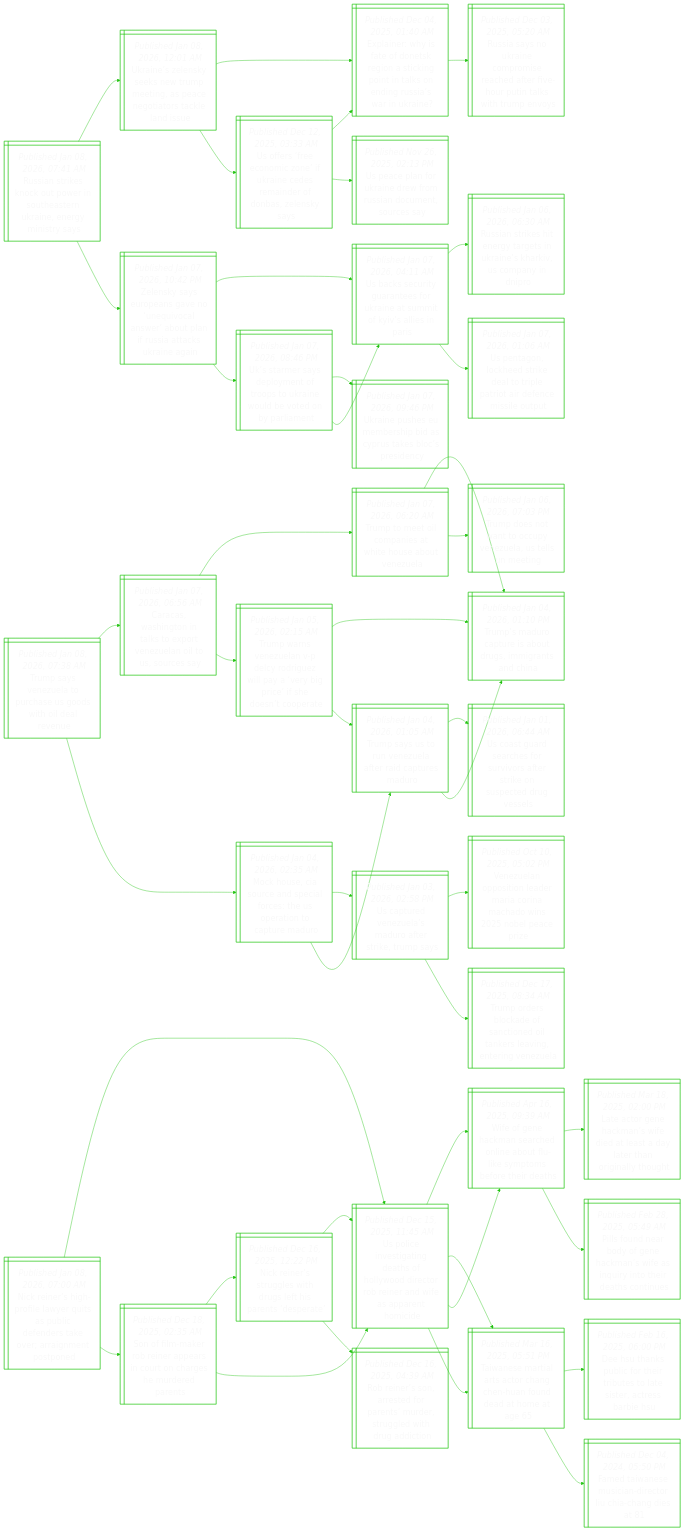
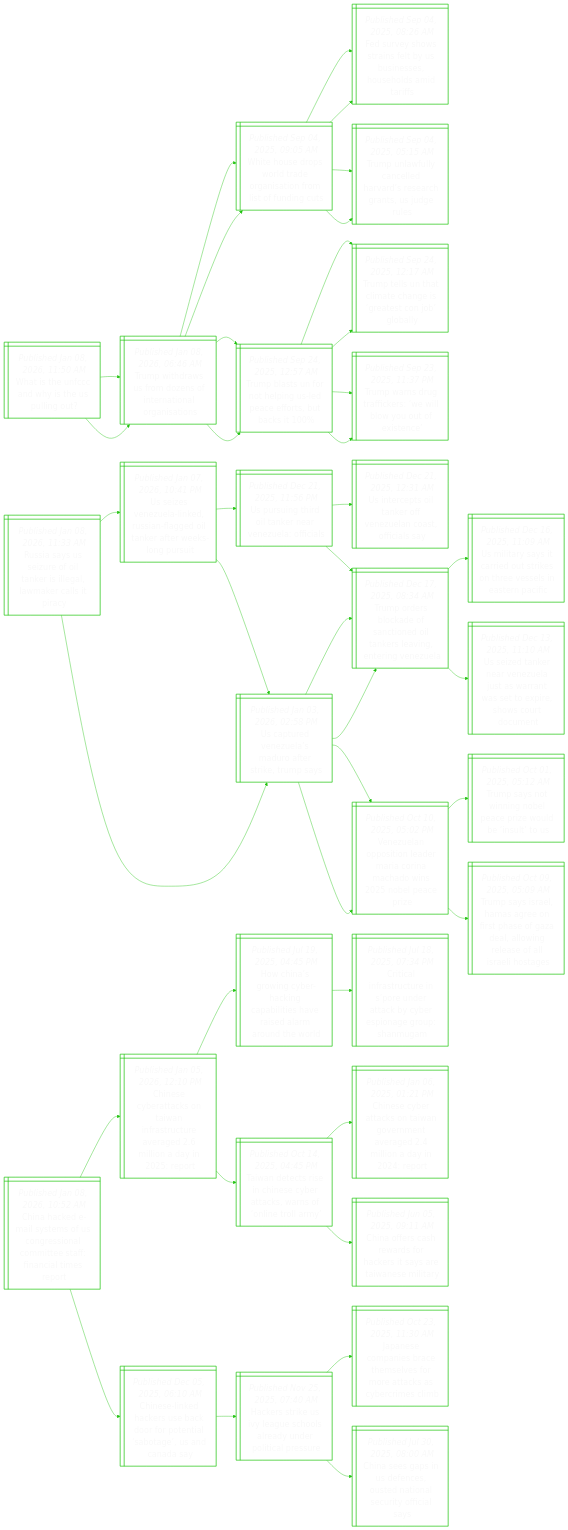
One commit to notJmes/notJmes changed the diagram in README.md. Above: the diagram before and after it, drawn with Mermaid. The commit also changed other lines of this file, not shown here.

````diff
--- a/README.md
+++ b/README.md
@@ -16,139 +16,130 @@
 flowchart LR
 classDef txtsize font-size:20px;
 
-Rainueoanieirs@{ shape: win-pane, label: "_Published Jan 08, 2026, 07:41 AM_
-Russian strikes knock out power in southeastern ukraine, energy ministry says" }
-Unlysregagtals@{ shape: win-pane, label: "_Published Jan 08, 2026, 12:01 AM_
-Ukraine’s zelensky seeks new trump meeting, as peace negotiators tackle land issue" }
-EihaDsitnnannsake@{ shape: win-pane, label: "_Published Dec 04, 2025, 01:40 AM_
-Explainer: why is fate of donetsk region a sticking point in talks on ending russia’s war in ukraine?" }
-Ranaomedrhuaiuv@{ shape: win-pane, label: "_Published Dec 03, 2025, 05:20 AM_
-Russia says no ukraine compromise reached after five-hour putin talks with trump envoys" }
-UeenzfidmeoZsy@{ shape: win-pane, label: "_Published Dec 12, 2025, 03:33 AM_
-Us offers ‘free economic zone’ if ukraine cedes remainder of donbas, zelensky says" }
-EihaDsitnnannsake@{ shape: win-pane, label: "_Published Dec 04, 2025, 01:40 AM_
-Explainer: why is fate of donetsk region a sticking point in talks on ending russia’s war in ukraine?" }
-Ucnkefunmos@{ shape: win-pane, label: "_Published Nov 26, 2025, 02:13 PM_
-Us peace plan for ukraine drew from russian document, sources say" }
-ZsyosnqcsblRacra@{ shape: win-pane, label: "_Published Jan 07, 2026, 10:42 PM_
-Zelensky says europeans gave no ‘unequivocal answer’ about plan if russia attacks ukraine again" }
-UkugnframKasr@{ shape: win-pane, label: "_Published Jan 07, 2026, 04:11 AM_
-Us backs security guarantees for ukraine at summit of kyiv’s allies in paris" }
-RaiirriaKioyi@{ shape: win-pane, label: "_Published Jan 06, 2026, 06:30 AM_
-Russian strikes hit energy targets in ukraine’s kharkiv, us company in dnipro" }
-UtLereteirnsot@{ shape: win-pane, label: "_Published Jan 07, 2026, 01:06 AM_
-Us pentagon, lockheed strike deal to triple patriot air defence missile output" }
-Uasemfpkedtbln@{ shape: win-pane, label: "_Published Jan 07, 2026, 08:46 PM_
-Uk’s starmer says deployment of troops to ukraine would be voted on by parliament" }
-UnhmrbCsssiy@{ shape: win-pane, label: "_Published Jan 07, 2026, 09:46 PM_
-Ukraine pushes eu membership bid as cyprus takes bloc’s presidency" }
-UkugnframKasr@{ shape: win-pane, label: "_Published Jan 07, 2026, 04:11 AM_
-Us backs security guarantees for ukraine at summit of kyiv’s allies in paris" }
+WsNayelo@{ shape: win-pane, label: "_Published Jan 08, 2026, 11:50 AM_
+What is the unfccc and why is the us pulling out?" }
+TwrSdsttlni@{ shape: win-pane, label: "_Published Jan 08, 2026, 06:46 AM_
+Trump withdraws us from dozens of international organisations" }
+WHdWTOiomodu@{ shape: win-pane, label: "_Published Sep 04, 2025, 09:05 AM_
+White house drops world trade organisation from list of funding cuts" }
+Frhtsbusoomr@{ shape: win-pane, label: "_Published Sep 04, 2025, 08:26 AM_
+Fed survey shows strains felt by us businesses, households amid tariffs" }
+Tufcladegsdl@{ shape: win-pane, label: "_Published Sep 04, 2025, 05:15 AM_
+Trump unlawfully cancelled harvard’s research grants, us judge rules" }
+Tbsregderts@{ shape: win-pane, label: "_Published Sep 24, 2025, 12:57 AM_
+Trump blasts un for not helping us-led peace efforts, but backs it 100%" }
+TtUtaastogl@{ shape: win-pane, label: "_Published Sep 24, 2025, 12:17 AM_
+Trump tells un that climate change is ‘greatest con job’ globally" }
+TwdrcWlytic@{ shape: win-pane, label: "_Published Sep 23, 2025, 11:37 PM_
+Trump warns drug traffickers: ‘we will blow you out of existence’" }
+TwrSdsttlni@{ shape: win-pane, label: "_Published Jan 08, 2026, 06:46 AM_
+Trump withdraws us from dozens of international organisations" }
+WHdWTOiomodu@{ shape: win-pane, label: "_Published Sep 04, 2025, 09:05 AM_
+White house drops world trade organisation from list of funding cuts" }
+Frhtsbusoomr@{ shape: win-pane, label: "_Published Sep 04, 2025, 08:26 AM_
+Fed survey shows strains felt by us businesses, households amid tariffs" }
+Tufcladegsdl@{ shape: win-pane, label: "_Published Sep 04, 2025, 05:15 AM_
+Trump unlawfully cancelled harvard’s research grants, us judge rules" }
+Tbsregderts@{ shape: win-pane, label: "_Published Sep 24, 2025, 12:57 AM_
+Trump blasts un for not helping us-led peace efforts, but backs it 100%" }
+TtUtaastogl@{ shape: win-pane, label: "_Published Sep 24, 2025, 12:17 AM_
+Trump tells un that climate change is ‘greatest con job’ globally" }
+TwdrcWlytic@{ shape: win-pane, label: "_Published Sep 23, 2025, 11:37 PM_
+Trump warns drug traffickers: ‘we will blow you out of existence’" }
 
-Rainueoanieirs:::txtsize --> Unlysregagtals:::txtsize
-Unlysregagtals:::txtsize --> EihaDsitnnannsake:::txtsize
-EihaDsitnnannsake:::txtsize --> Ranaomedrhuaiuv:::txtsize
-Unlysregagtals:::txtsize --> UeenzfidmeoZsy:::txtsize
-UeenzfidmeoZsy:::txtsize --> EihaDsitnnannsake:::txtsize
-UeenzfidmeoZsy:::txtsize --> Ucnkefunmos:::txtsize
-Rainueoanieirs:::txtsize --> ZsyosnqcsblRacra:::txtsize
-ZsyosnqcsblRacra:::txtsize --> UkugnframKasr:::txtsize
-UkugnframKasr:::txtsize --> RaiirriaKioyi:::txtsize
-UkugnframKasr:::txtsize --> UtLereteirnsot:::txtsize
-ZsyosnqcsblRacra:::txtsize --> Uasemfpkedtbln:::txtsize
-Uasemfpkedtbln:::txtsize --> UnhmrbCsssiy:::txtsize
-Uasemfpkedtbln:::txtsize --> UkugnframKasr:::txtsize
+WsNayelo:::txtsize --> TwrSdsttlni:::txtsize
+TwrSdsttlni:::txtsize --> WHdWTOiomodu:::txtsize
+WHdWTOiomodu:::txtsize --> Frhtsbusoomr:::txtsize
+WHdWTOiomodu:::txtsize --> Tufcladegsdl:::txtsize
+TwrSdsttlni:::txtsize --> Tbsregderts:::txtsize
+Tbsregderts:::txtsize --> TtUtaastogl:::txtsize
+Tbsregderts:::txtsize --> TwdrcWlytic:::txtsize
+WsNayelo:::txtsize --> TwrSdsttlni:::txtsize
+TwrSdsttlni:::txtsize --> WHdWTOiomodu:::txtsize
+WHdWTOiomodu:::txtsize --> Frhtsbusoomr:::txtsize
+WHdWTOiomodu:::txtsize --> Tufcladegsdl:::txtsize
+TwrSdsttlni:::txtsize --> Tbsregderts:::txtsize
+Tbsregderts:::txtsize --> TtUtaastogl:::txtsize
+Tbsregderts:::txtsize --> TwdrcWlytic:::txtsize
 
-Tseepagwiln@{ shape: win-pane, label: "_Published Jan 08, 2026, 07:38 AM_
-Trump says venezuela to purchase us goods with oil deal revenue" }
-Cahoaoreatos@{ shape: win-pane, label: "_Published Jan 07, 2026, 06:56 AM_
-Caracas, washington in talks to export venezuelan oil to us, sources say" }
-TttoiWHaVu@{ shape: win-pane, label: "_Published Jan 07, 2026, 06:20 AM_
-Trump to meet oil companies at white house about venezuela" }
-Tsrtstsgsh@{ shape: win-pane, label: "_Published Jan 04, 2026, 01:10 PM_
-Trump’s maduro capture is about drugs, immigrants and china" }
-TdotceetUt@{ shape: win-pane, label: "_Published Jan 06, 2026, 07:03 PM_
-Trump does not want to occupy venezuela, us tells un meeting" }
-TwVuVcrzpegeenpe@{ shape: win-pane, label: "_Published Jan 05, 2026, 02:15 AM_
-Trump warns venezuelan v-p delcy rodriguez will pay a ‘very big price’ if she doesn’t cooperate" }
-Tsrtstsgsh@{ shape: win-pane, label: "_Published Jan 04, 2026, 01:10 PM_
-Trump’s maduro capture is about drugs, immigrants and china" }
-TsSnzaraeu@{ shape: win-pane, label: "_Published Jan 04, 2026, 01:05 AM_
-Trump says us to run venezuela after raid captures maduro" }
-MoIrdirhpicru@{ shape: win-pane, label: "_Published Jan 04, 2026, 02:35 AM_
-Mock house, cia source and special forces: the us operation to capture maduro" }
+RaUzfaieaeli@{ shape: win-pane, label: "_Published Jan 08, 2026, 11:33 AM_
+Russia says us seizure of oil tanker is illegal, lawmaker calls it piracy" }
+Uznlksfetrrspi@{ shape: win-pane, label: "_Published Jan 07, 2026, 10:41 PM_
+Us seizes venezuela-linked, russian-flagged oil tanker after weeks-long pursuit" }
+Ustonenlis@{ shape: win-pane, label: "_Published Dec 21, 2025, 11:56 PM_
+Us pursuing third oil tanker near venezuela: officials" }
+Uettreeofay@{ shape: win-pane, label: "_Published Dec 21, 2025, 12:31 AM_
+Us intercepts oil tanker off venezuelan coast, officials say" }
+Toskftdasitgz@{ shape: win-pane, label: "_Published Dec 17, 2025, 08:34 AM_
+Trump orders blockade of sanctioned oil tankers leaving, entering venezuela" }
 UtVuMorkms@{ shape: win-pane, label: "_Published Jan 03, 2026, 02:58 PM_
 Us captured venezuela’s maduro after strike, trump says" }
 Vuoilranhibai@{ shape: win-pane, label: "_Published Oct 10, 2025, 05:02 PM_
 Venezuelan opposition leader maria corina machado wins 2025 nobel peace prize" }
 Toskftdasitgz@{ shape: win-pane, label: "_Published Dec 17, 2025, 08:34 AM_
 Trump orders blockade of sanctioned oil tankers leaving, entering venezuela" }
-TsSnzaraeu@{ shape: win-pane, label: "_Published Jan 04, 2026, 01:05 AM_
-Trump says us to run venezuela after raid captures maduro" }
-Usrrfrreiscrs@{ shape: win-pane, label: "_Published Jan 01, 2026, 06:44 AM_
-Us coast guard searches for survivors after strike on suspected drug vessels" }
-Tsrtstsgsh@{ shape: win-pane, label: "_Published Jan 04, 2026, 01:10 PM_
-Trump’s maduro capture is about drugs, immigrants and china" }
+UtVuMorkms@{ shape: win-pane, label: "_Published Jan 03, 2026, 02:58 PM_
+Us captured venezuela’s maduro after strike, trump says" }
+Vuoilranhibai@{ shape: win-pane, label: "_Published Oct 10, 2025, 05:02 PM_
+Venezuelan opposition leader maria corina machado wins 2025 nobel peace prize" }
+TsonoeroelS@{ shape: win-pane, label: "_Published Oct 01, 2025, 05:12 AM_
+Trump says not winning nobel peace prize would be ‘insult’ to us" }
+TssHaossaaorslaoe@{ shape: win-pane, label: "_Published Oct 09, 2025, 05:09 AM_
+Trump says israel, hamas agree on first phase of gaza deal, allowing release of all israeli hostages" }
+Toskftdasitgz@{ shape: win-pane, label: "_Published Dec 17, 2025, 08:34 AM_
+Trump orders blockade of sanctioned oil tankers leaving, entering venezuela" }
+Uistitktvlanf@{ shape: win-pane, label: "_Published Dec 16, 2025, 11:09 AM_
+Us military says it carried out strikes on three vessels in eastern pacific" }
+Uznenltrwtphoon@{ shape: win-pane, label: "_Published Dec 13, 2025, 11:10 AM_
+Us seized tanker near venezuela just as warrant was set to expire, shows court document" }
 
-Tseepagwiln:::txtsize --> Cahoaoreatos:::txtsize
-Cahoaoreatos:::txtsize --> TttoiWHaVu:::txtsize
-TttoiWHaVu:::txtsize --> Tsrtstsgsh:::txtsize
-TttoiWHaVu:::txtsize --> TdotceetUt:::txtsize
-Cahoaoreatos:::txtsize --> TwVuVcrzpegeenpe:::txtsize
-TwVuVcrzpegeenpe:::txtsize --> Tsrtstsgsh:::txtsize
-TwVuVcrzpegeenpe:::txtsize --> TsSnzaraeu:::txtsize
-Tseepagwiln:::txtsize --> MoIrdirhpicru:::txtsize
-MoIrdirhpicru:::txtsize --> UtVuMorkms:::txtsize
+RaUzfaieaeli:::txtsize --> Uznlksfetrrspi:::txtsize
+Uznlksfetrrspi:::txtsize --> Ustonenlis:::txtsize
+Ustonenlis:::txtsize --> Uettreeofay:::txtsize
+Ustonenlis:::txtsize --> Toskftdasitgz:::txtsize
+Uznlksfetrrspi:::txtsize --> UtVuMorkms:::txtsize
 UtVuMorkms:::txtsize --> Vuoilranhibai:::txtsize
 UtVuMorkms:::txtsize --> Toskftdasitgz:::txtsize
-MoIrdirhpicru:::txtsize --> TsSnzaraeu:::txtsize
-TsSnzaraeu:::txtsize --> Usrrfrreiscrs:::txtsize
-TsSnzaraeu:::txtsize --> Tsrtstsgsh:::txtsize
+RaUzfaieaeli:::txtsize --> UtVuMorkms:::txtsize
+UtVuMorkms:::txtsize --> Vuoilranhibai:::txtsize
+Vuoilranhibai:::txtsize --> TsonoeroelS:::txtsize
+Vuoilranhibai:::txtsize --> TssHaossaaorslaoe:::txtsize
+UtVuMorkms:::txtsize --> Toskftdasitgz:::txtsize
+Toskftdasitgz:::txtsize --> Uistitktvlanf:::txtsize
+Toskftdasitgz:::txtsize --> Uznenltrwtphoon:::txtsize
 
-Nesplyipcntvrmon@{ shape: win-pane, label: "_Published Jan 08, 2026, 07:00 AM_
-Nick reiner’s high-profile lawyer quits as public defenders take over; arraignment postponed" }
-Uivgghoorreafpni@{ shape: win-pane, label: "_Published Dec 15, 2025, 11:45 AM_
-Us police investigating deaths of hollywood director rob reiner and wife as apparent homicide" }
-WfHaroetimsrit@{ shape: win-pane, label: "_Published Apr 16, 2025, 09:39 AM_
-Wife of gene hackman searched online about flu-like symptoms before their deaths" }
-Lcecsdttltraht@{ shape: win-pane, label: "_Published Mar 18, 2025, 02:00 PM_
-Late actor gene hackman’s wife died at least a day later than originally thought" }
-PfnoGaneqihecn@{ shape: win-pane, label: "_Published Feb 28, 2025, 05:49 AM_
-Pills found near body of gene hackman’s wife as inquiry into their deaths continues" }
-TnalaCCuuaoa@{ shape: win-pane, label: "_Published Mar 16, 2025, 05:51 PM_
-Taiwanese martial arts actor chang chen-huan found dead at home at age 65" }
-Duklrruosrers@{ shape: win-pane, label: "_Published Feb 16, 2025, 06:00 PM_
-Dee hsu thanks public for their tributes to late sister, actress barbie hsu" }
-FTnuaeLins@{ shape: win-pane, label: "_Published Dec 04, 2024, 05:50 PM_
-Famed taiwanese musician-director liu chia-chang dies at 81" }
-Sfaonpirhsrdn@{ shape: win-pane, label: "_Published Dec 18, 2025, 02:35 AM_
-Son of film-maker rob reiner appears in court on charges he murdered parents" }
-Nesgwresnst@{ shape: win-pane, label: "_Published Dec 16, 2025, 12:22 PM_
-Nick reiner’s struggles with drugs left his parents ‘desperate’" }
-Uivgghoorreafpni@{ shape: win-pane, label: "_Published Dec 15, 2025, 11:45 AM_
-Us police investigating deaths of hollywood director rob reiner and wife as apparent homicide" }
-Risrdaseudddi@{ shape: win-pane, label: "_Published Dec 16, 2025, 04:39 AM_
-Rob reiner’s son, arrested for parents’ murder, struggled with drug addiction" }
-Uivgghoorreafpni@{ shape: win-pane, label: "_Published Dec 15, 2025, 11:45 AM_
-Us police investigating deaths of hollywood director rob reiner and wife as apparent homicide" }
-WfHaroetimsrit@{ shape: win-pane, label: "_Published Apr 16, 2025, 09:39 AM_
-Wife of gene hackman searched online about flu-like symptoms before their deaths" }
-TnalaCCuuaoa@{ shape: win-pane, label: "_Published Mar 16, 2025, 05:51 PM_
-Taiwanese martial arts actor chang chen-huan found dead at home at age 65" }
+ChdleUgicttiimp@{ shape: win-pane, label: "_Published Jan 08, 2026, 10:52 AM_
+China hacked e-mail systems of us congressional committee staff: financial times report" }
+Cseanarueainio@{ shape: win-pane, label: "_Published Jan 05, 2026, 12:10 PM_
+Chinese cyberattacks on taiwan infrastructure averaged 2.6 million a day in 2025: report" }
+Hirgripihaaado@{ shape: win-pane, label: "_Published Jul 19, 2025, 04:45 PM_
+How china’s growing cyber-hacking capabilities have raised alarm around the world" }
+Ccfrrpntbeiepm@{ shape: win-pane, label: "_Published Jul 18, 2025, 07:34 PM_
+Critical infrastructure in s’pore under attack by cyber espionage group: shanmugam" }
+Tncshercroel@{ shape: win-pane, label: "_Published Oct 14, 2025, 04:45 PM_
+Taiwan detects rise in chinese cyber attacks, warns of ‘online troll army’" }
+Cseanaenrmoyp@{ shape: win-pane, label: "_Published Jan 06, 2025, 01:21 PM_
+Chinese cyber attacks on taiwan government averaged 2.4 million a day in 2024: report" }
+Cosrdhraeama@{ shape: win-pane, label: "_Published Jun 05, 2025, 09:11 AM_
+China offers cash rewards for hackers it says are taiwanese military" }
+Cskcucroibedd@{ shape: win-pane, label: "_Published Dec 05, 2025, 06:10 AM_
+Chinese-linked hackers use back door for potential ‘sabotage’, us and canada say" }
+HriIacsadlas@{ shape: win-pane, label: "_Published Nov 25, 2025, 07:40 AM_
+Hackers strike us ivy league schools already under political pressure" }
+Jemecmemtsbil@{ shape: win-pane, label: "_Published Oct 23, 2025, 11:30 AM_
+Japanese companies brace themselves for more attacks as cybercrimes climb" }
+CsaUeodoetis@{ shape: win-pane, label: "_Published Jul 30, 2025, 08:00 AM_
+China sees gaps in us defences, ousted national security official says" }
 
-Nesplyipcntvrmon:::txtsize --> Uivgghoorreafpni:::txtsize
-Uivgghoorreafpni:::txtsize --> WfHaroetimsrit:::txtsize
-WfHaroetimsrit:::txtsize --> Lcecsdttltraht:::txtsize
-WfHaroetimsrit:::txtsize --> PfnoGaneqihecn:::txtsize
-Uivgghoorreafpni:::txtsize --> TnalaCCuuaoa:::txtsize
-TnalaCCuuaoa:::txtsize --> Duklrruosrers:::txtsize
-TnalaCCuuaoa:::txtsize --> FTnuaeLins:::txtsize
-Nesplyipcntvrmon:::txtsize --> Sfaonpirhsrdn:::txtsize
-Sfaonpirhsrdn:::txtsize --> Nesgwresnst:::txtsize
-Nesgwresnst:::txtsize --> Uivgghoorreafpni:::txtsize
-Nesgwresnst:::txtsize --> Risrdaseudddi:::txtsize
-Sfaonpirhsrdn:::txtsize --> Uivgghoorreafpni:::txtsize
-Uivgghoorreafpni:::txtsize --> WfHaroetimsrit:::txtsize
-Uivgghoorreafpni:::txtsize --> TnalaCCuuaoa:::txtsize
+ChdleUgicttiimp:::txtsize --> Cseanarueainio:::txtsize
+Cseanarueainio:::txtsize --> Hirgripihaaado:::txtsize
+Hirgripihaaado:::txtsize --> Ccfrrpntbeiepm:::txtsize
+Cseanarueainio:::txtsize --> Tncshercroel:::txtsize
+Tncshercroel:::txtsize --> Cseanaenrmoyp:::txtsize
+Tncshercroel:::txtsize --> Cosrdhraeama:::txtsize
+ChdleUgicttiimp:::txtsize --> Cskcucroibedd:::txtsize
+Cskcucroibedd:::txtsize --> HriIacsadlas:::txtsize
+HriIacsadlas:::txtsize --> Jemecmemtsbil:::txtsize
+HriIacsadlas:::txtsize --> CsaUeodoetis:::txtsize
 
 ```
````
